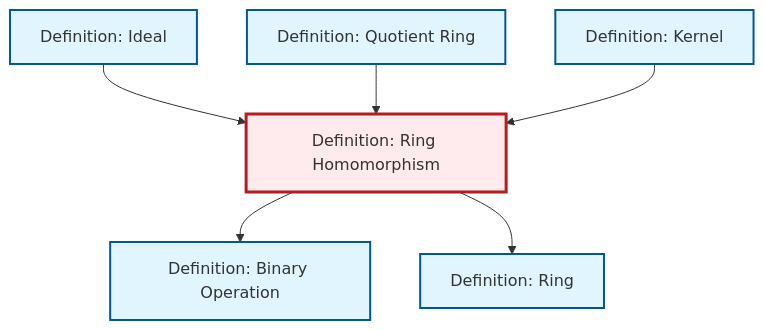
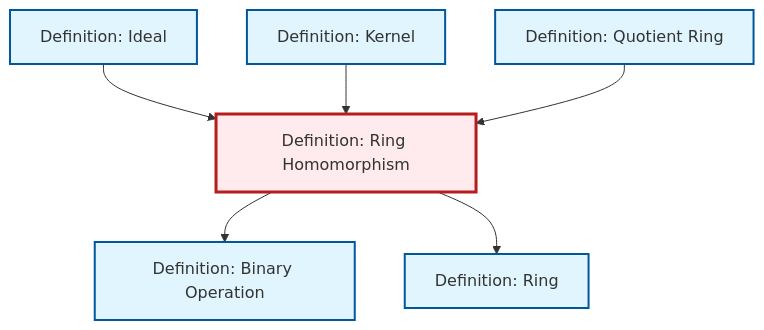
One commit to RK0429/ModernMath changed the diagram in content/en/algebra/def-ring-homomorphism.qmd. Above: the diagram before and after it, drawn with Mermaid. The commit also changed other lines of this file and 328 other files, not shown here.

````diff
--- a/content/en/algebra/def-ring-homomorphism.qmd
+++ b/content/en/algebra/def-ring-homomorphism.qmd
@@ -86,26 +86,26 @@
 ```{mermaid}
 %%| fig-cap: "Local dependency graph"
 graph TD
     classDef definition fill:#e1f5fe,stroke:#01579b,stroke-width:2px
     classDef theorem fill:#f3e5f5,stroke:#4a148c,stroke-width:2px
     classDef axiom fill:#fff3e0,stroke:#e65100,stroke-width:2px
     classDef example fill:#e8f5e9,stroke:#1b5e20,stroke-width:2px
     classDef current fill:#ffebee,stroke:#b71c1c,stroke-width:3px
+    def-ideal["Definition: Ideal"]:::definition
+    def-kernel["Definition: Kernel"]:::definition
+    def-ring["Definition: Ring"]:::definition
+    def-quotient-ring["Definition: Quotient Ring"]:::definition
     def-binary-operation["Definition: Binary Operation"]:::definition
     def-ring-homomorphism["Definition: Ring Homomorphism"]:::definition
-    def-ideal["Definition: Ideal"]:::definition
-    def-ring["Definition: Ring"]:::definition
-    def-quotient-ring["Definition: Quotient Ring"]:::definition
-    def-kernel["Definition: Kernel"]:::definition
     def-ring-homomorphism --> def-binary-operation
     def-ideal --> def-ring-homomorphism
+    def-kernel --> def-ring-homomorphism
     def-ring-homomorphism --> def-ring
     def-quotient-ring --> def-ring-homomorphism
-    def-kernel --> def-ring-homomorphism
     class def-ring-homomorphism current
-    click def-binary-operation "def-binary-operation.html" "Go to Binary Operation definition"
     click def-ideal "def-ideal.html" "Go to Ideal definition"
+    click def-kernel "def-kernel.html" "Go to Kernel definition"
     click def-ring "def-ring.html" "Go to Ring definition"
     click def-quotient-ring "def-quotient-ring.html" "Go to Quotient Ring definition"
-    click def-kernel "def-kernel.html" "Go to Kernel definition"
+    click def-binary-operation "def-binary-operation.html" "Go to Binary Operation definition"
 ```
````
